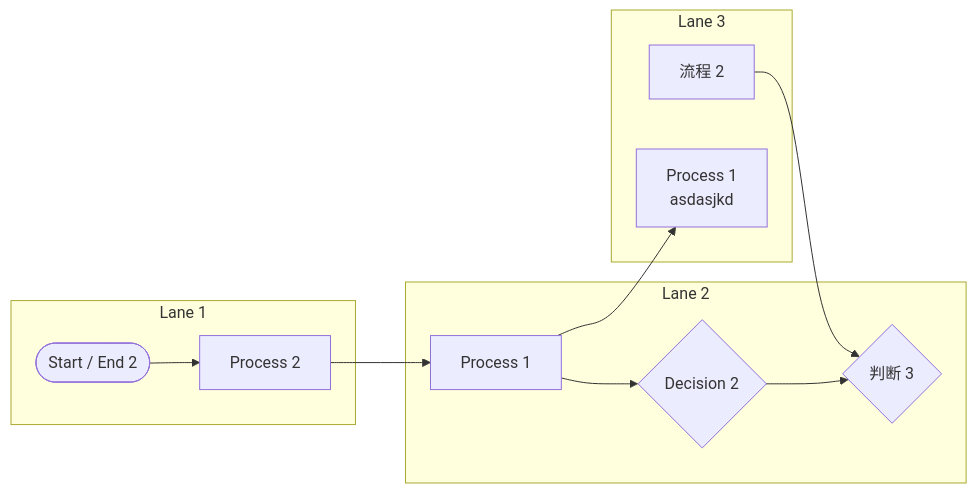
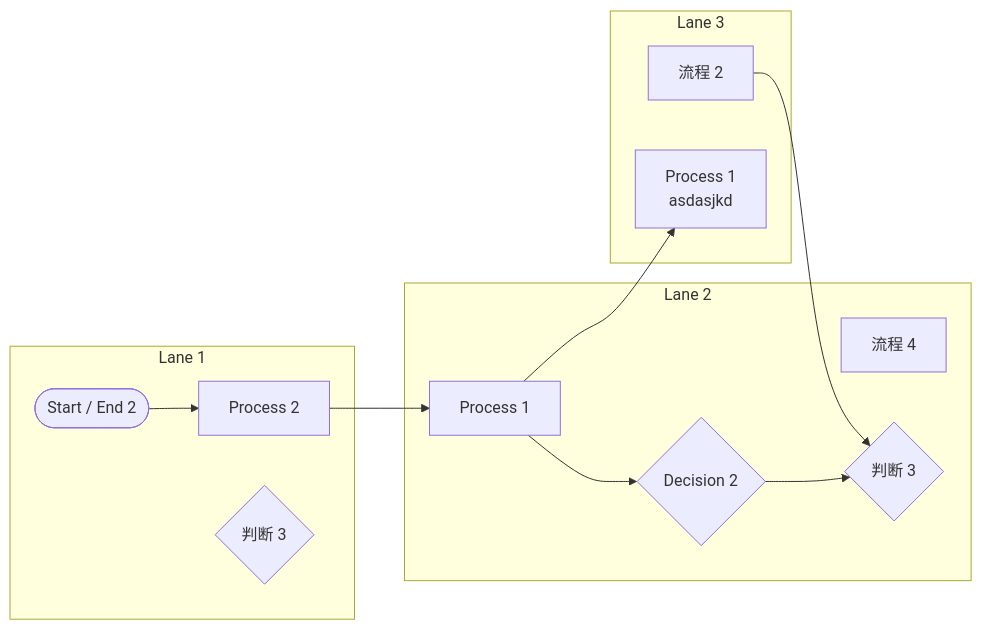
The diagram in mmd/123_9b882ae4-c4df-432b-9e50-9fb05b2c95e5.mmd (pingpm/mermaid_vault), drawn with Mermaid before and after one commit. The commit also changed 2 other files, not shown here.

Commit message:
Sync Mermaid Studio data (14 diagrams)

```diff
--- a/mmd/123_9b882ae4-c4df-432b-9e50-9fb05b2c95e5.mmd
+++ b/mmd/123_9b882ae4-c4df-432b-9e50-9fb05b2c95e5.mmd
@@ -1,22 +1,24 @@
 flowchart LR
   subgraph lane_0["Lane 1"]
     t_0["Process 2"]
-    t_1(["Start / End 2"])
+    t_1{"判断 3"}
+    t_2(["Start / End 2"])
   end
   subgraph lane_1["Lane 2"]
-    t_2{"Decision 2"}
-    %% [tag:existing] 已有 | 阿斯顿撒娇看了大姐撒开
-    t_3["Process 1"]
-    t_4{"判断 3"}
+    t_3["流程 4"]
+    t_4{"Decision 2"}
+    %% [tag:pending] 待确认 | 阿斯顿撒娇看了大姐撒开
+    t_5["Process 1"]
+    t_6{"判断 3"}
   end
   subgraph lane_2["Lane 3"]
-    t_5["流程 2"]
-    t_6["Process 1<br/>asdasjkd"]
+    t_7["流程 2"]
+    t_8["Process 1<br/>asdasjkd"]
     %% [tag:other] 其他 | 2为企鹅12312321
   end
-  t_1 --> t_0
-  t_0 --> t_3
-  t_3 --> t_2
-  t_3 --> t_6
+  t_2 --> t_0
+  t_0 --> t_5
   t_5 --> t_4
-  t_2 --> t_4
+  t_5 --> t_8
+  t_7 --> t_6
+  t_4 --> t_6
```
